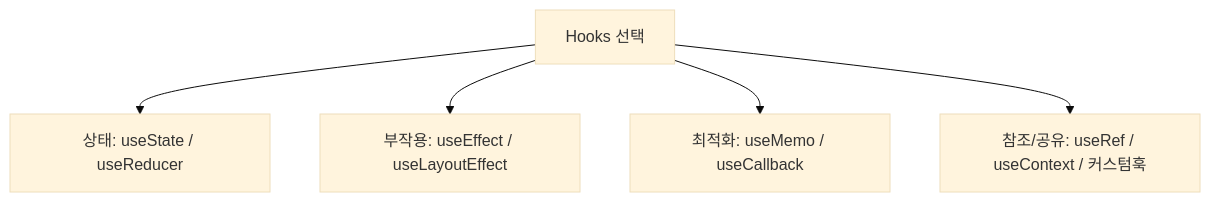
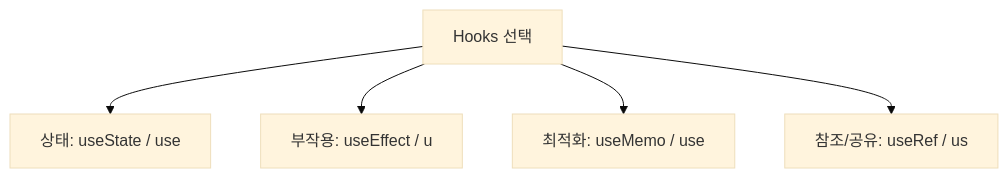
Before and after one commit to yjkim2015/yjkim2015.github.io: the sixth of 6 diagrams in _posts/frontend/2026-05-02-react-hooks.md, drawn with Mermaid (base theme). The commit also changed other lines of this file and 271 other files, not shown here.

First line of the commit message:
Mermaid 라벨 축소: 긴 노드 텍스트 18자 이하로 트림 + \n 제거

````diff
--- a/_posts/frontend/2026-05-02-react-hooks.md
+++ b/_posts/frontend/2026-05-02-react-hooks.md
@@ -464,7 +464,7 @@
 ```mermaid
 graph TD
-    ROOT["Hooks 선택"] --> S["상태: useState / useReducer"]
-    ROOT --> E["부작용: useEffect / useLayoutEffect"]
-    ROOT --> O["최적화: useMemo / useCallback"]
-    ROOT --> R["참조/공유: useRef / useContext / 커스텀훅"]
+    ROOT["Hooks 선택"] --> S["상태: useState / use"]
+    ROOT --> E["부작용: useEffect / u"]
+    ROOT --> O["최적화: useMemo / use"]
+    ROOT --> R["참조/공유: useRef / us"]
 ```
````
